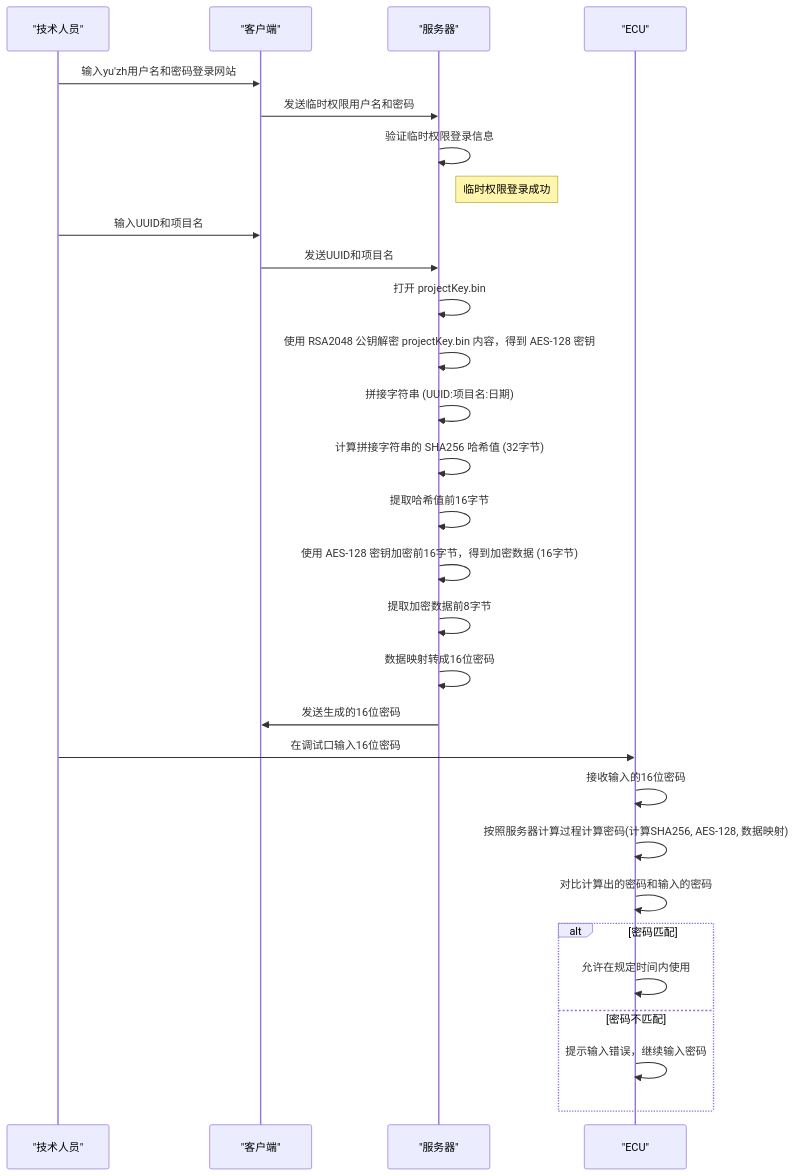
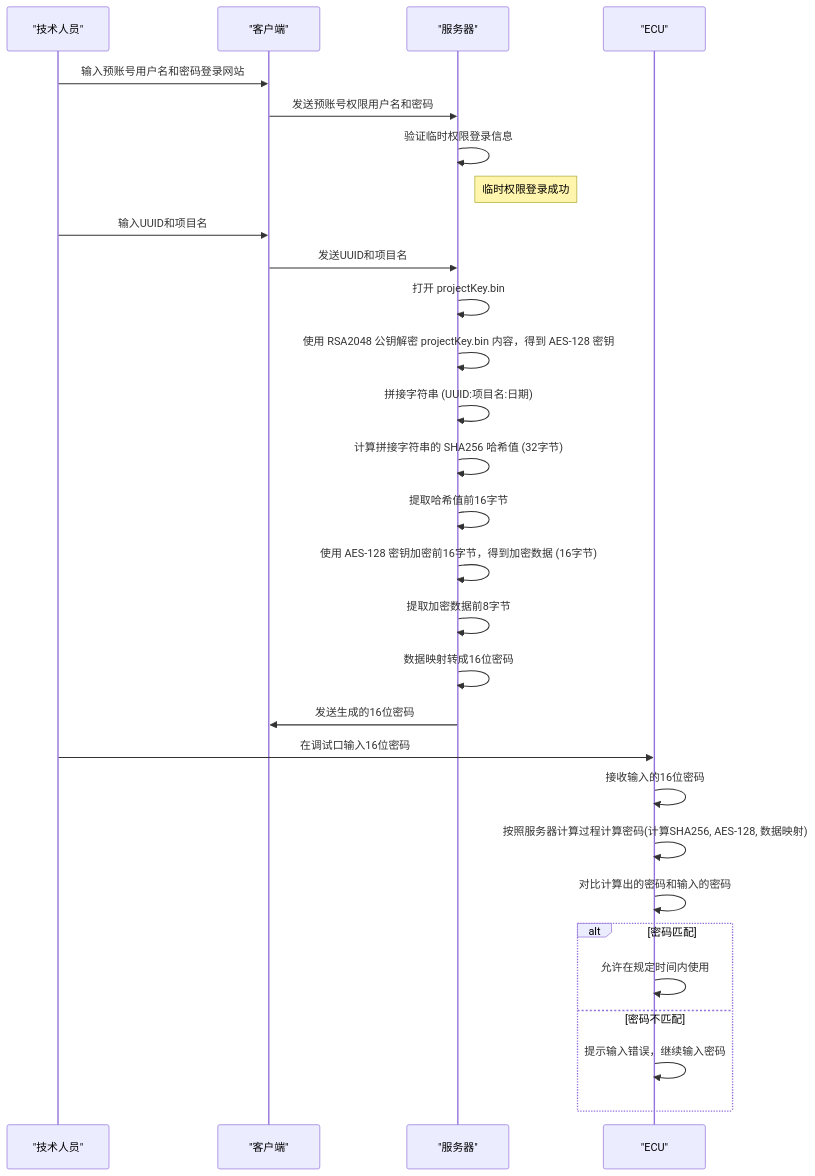
One commit to facebook-cloud/iodraw-files changed the diagram in all/未命名-12.md. Above: the diagram before and after it, drawn with Mermaid.

Commit message:
2026-01-14 13:45:55 update

````diff
--- a/all/未命名-12.md
+++ b/all/未命名-12.md
@@ -1,41 +1,41 @@
 ```mermaid
 sequenceDiagram
     participant Technician as "技术人员"
     participant Client as "客户端"
     participant Server as "服务器"
     participant ECU as "ECU"
 
-    Technician->>Client: 输入yu'zh用户名和密码登录网站
-    Client->>Server: 发送临时权限用户名和密码
+    Technician->>Client: 输入预账号用户名和密码登录网站
+    Client->>Server: 发送预账号权限用户名和密码
 
     Server->>Server: 验证临时权限登录信息
     Note right of Server: 临时权限登录成功
 
     Technician->>Client: 输入UUID和项目名
     Client->>Server: 发送UUID和项目名
 
     Server->>Server: 打开 projectKey.bin
     Server->>Server: 使用 RSA2048 公钥解密 projectKey.bin 内容，得到 AES-128 密钥
 
     Server->>Server: 拼接字符串 (UUID:项目名:日期)
     Server->>Server: 计算拼接字符串的 SHA256 哈希值 (32字节)
     Server->>Server: 提取哈希值前16字节
     Server->>Server: 使用 AES-128 密钥加密前16字节，得到加密数据 (16字节)
     Server->>Server: 提取加密数据前8字节
     Server->>Server: 数据映射转成16位密码
 
     Server->>Client: 发送生成的16位密码
 
     Technician->>ECU: 在调试口输入16位密码
 
     ECU->>ECU: 接收输入的16位密码
     ECU->>ECU: 按照服务器计算过程计算密码(计算SHA256, AES-128, 数据映射)
 
     ECU->>ECU: 对比计算出的密码和输入的密码
     alt 密码匹配
         ECU->>ECU: 允许在规定时间内使用
     else 密码不匹配
         ECU->>ECU: 提示输入错误，继续输入密码
     end
 
 ```
````
